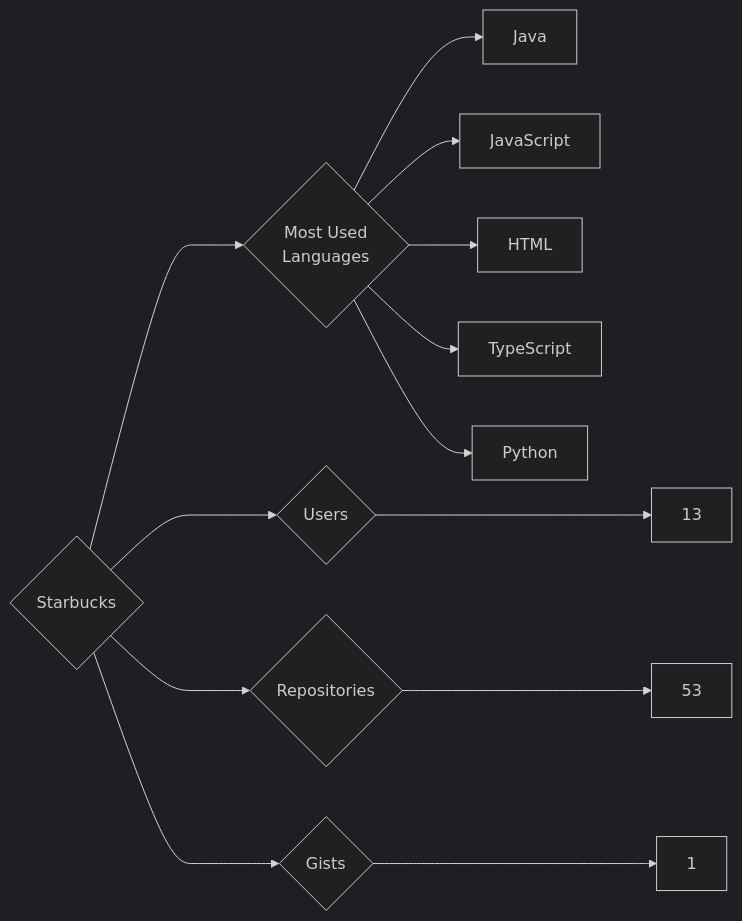
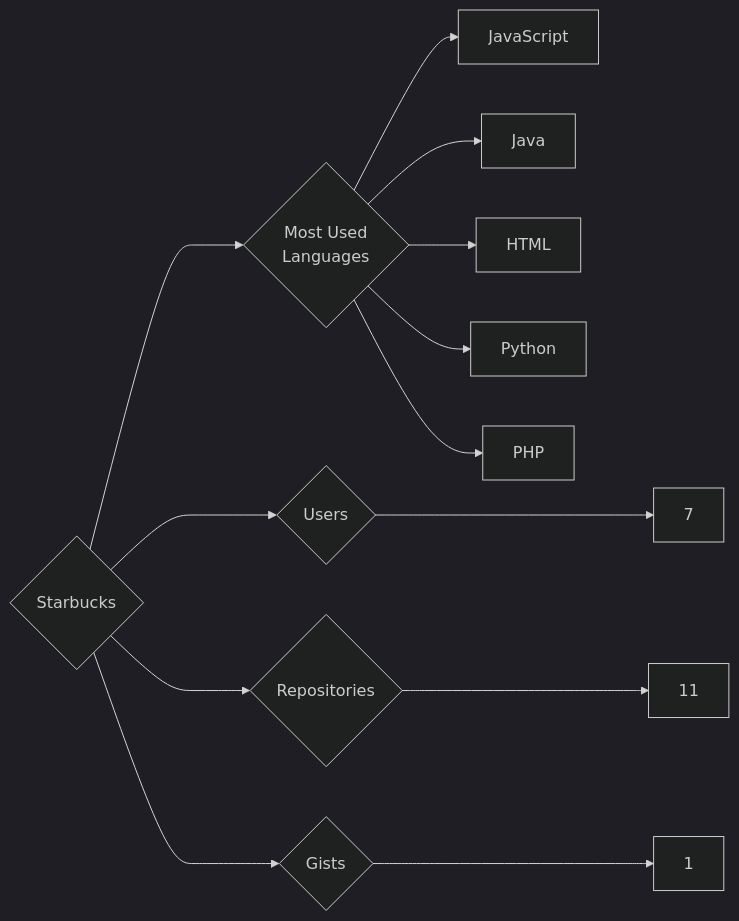
Before and after one commit to trickest/insiders: the diagram in targets/Starbucks/README.md, drawn with Mermaid (dark theme). The commit also changed 770 other files, not shown here.

````diff
--- a/targets/Starbucks/README.md
+++ b/targets/Starbucks/README.md
@@ -3,13 +3,13 @@
 ```mermaid
 graph LR
 COMPANY_NAME{Starbucks}
-COMPANY_NAME ---> U{Users} ---> UN[13]
-COMPANY_NAME ---> R{Repositories} ---> RN[53]
+COMPANY_NAME ---> U{Users} ---> UN[7]
+COMPANY_NAME ---> R{Repositories} ---> RN[11]
 COMPANY_NAME ---> G{Gists} ---> GN[1]
 COMPANY_NAME ---> ML{Most Used<br>Languages}
+ML --> JavaScript[JavaScript]
 ML --> Java[Java]
-ML --> JavaScript[JavaScript]
 ML --> HTML[HTML]
-ML --> TypeScript[TypeScript]
 ML --> Python[Python]
+ML --> PHP[PHP]
 ```
````
